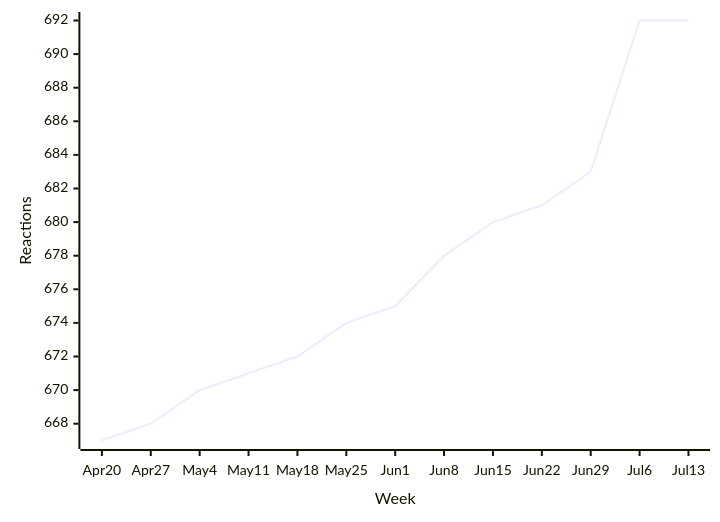
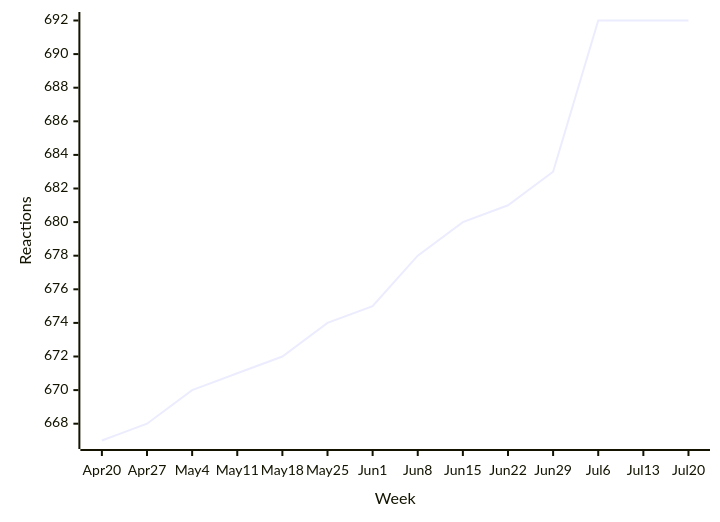
One commit to loic-sharma/github-insights changed the fourth of 48 diagrams in README.md. Above: the diagram before and after it, drawn with Mermaid. The commit also changed other lines of this file and 3 other files, not shown here.

````diff
--- a/README.md
+++ b/README.md
@@ -390,6 +390,6 @@
   ```mermaid
   xychart-beta
-    x-axis "Week" [Apr 20, Apr 27, May 4, May 11, May 18, May 25, Jun 1, Jun 8, Jun 15, Jun 22, Jun 29, Jul 6, Jul 13]
+    x-axis "Week" [Apr 20, Apr 27, May 4, May 11, May 18, May 25, Jun 1, Jun 8, Jun 15, Jun 22, Jun 29, Jul 6, Jul 13, Jul 20]
     y-axis "Reactions"
-    line [667, 668, 670, 671, 672, 674, 675, 678, 680, 681, 683, 692, 692]
+    line [667, 668, 670, 671, 672, 674, 675, 678, 680, 681, 683, 692, 692, 692]
   ```
````
